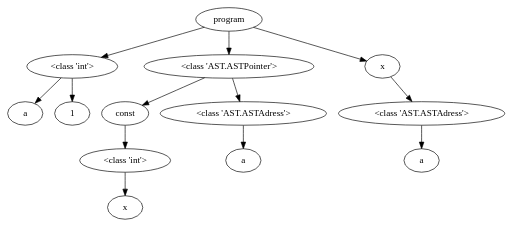
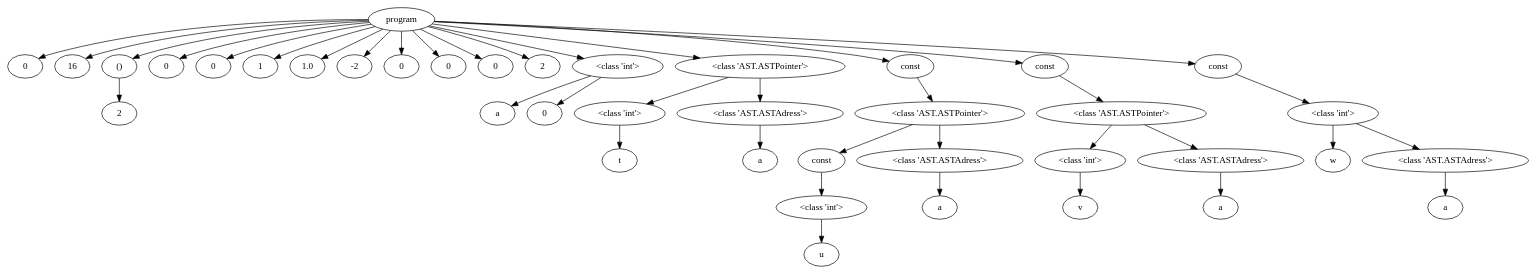
Before and after one commit to NielsVandenBroeck/COMP_Compiler: the diagram in OutputFiles/dotVisualization.dot, drawn with Graphviz. The commit also changed 2 other files, not shown here.

Commit message:
const fix

```diff
--- a/OutputFiles/dotVisualization.dot
+++ b/OutputFiles/dotVisualization.dot
@@ -1,34 +1,98 @@
 digraph G { 
-"<AST.AST object at 0x000001F55A88A580> (0)"[label="program"]
-"<AST.ASTDataType object at 0x000001F55A88A1F0> (1)"[label="<class 'int'>"]
-"<AST.AST object at 0x000001F55A88A580> (0)"->"<AST.ASTDataType object at 0x000001F55A88A1F0> (1)"
-"<AST.ASTDataType object at 0x000001F55A88A1F0> (1)"[label="<class 'int'>"]
-"<AST.ASTVariable object at 0x000001F55A88A070> (2)"[label="a"]
-"<AST.ASTDataType object at 0x000001F55A88A1F0> (1)"->"<AST.ASTVariable object at 0x000001F55A88A070> (2)"
-"<AST.AST object at 0x000001F55A88A5E0> (2)"[label="1"]
-"<AST.ASTDataType object at 0x000001F55A88A1F0> (1)"->"<AST.AST object at 0x000001F55A88A5E0> (2)"
-"<AST.ASTPointer object at 0x000001F55A88A4C0> (1)"[label="<class 'AST.ASTPointer'>"]
-"<AST.AST object at 0x000001F55A88A580> (0)"->"<AST.ASTPointer object at 0x000001F55A88A4C0> (1)"
-"<AST.ASTPointer object at 0x000001F55A88A4C0> (1)"[label="<class 'AST.ASTPointer'>"]
-"<AST.ASTConst object at 0x000001F55A88A8E0> (2)"[label="const"]
-"<AST.ASTPointer object at 0x000001F55A88A4C0> (1)"->"<AST.ASTConst object at 0x000001F55A88A8E0> (2)"
-"<AST.ASTConst object at 0x000001F55A88A8E0> (2)"[label="const"]
-"<AST.ASTDataType object at 0x000001F55A88A220> (3)"[label="<class 'int'>"]
-"<AST.ASTConst object at 0x000001F55A88A8E0> (2)"->"<AST.ASTDataType object at 0x000001F55A88A220> (3)"
-"<AST.ASTDataType object at 0x000001F55A88A220> (3)"[label="<class 'int'>"]
-"<AST.ASTVariable object at 0x000001F55A88A130> (4)"[label="x"]
-"<AST.ASTDataType object at 0x000001F55A88A220> (3)"->"<AST.ASTVariable object at 0x000001F55A88A130> (4)"
-"<AST.ASTAdress object at 0x000001F55A88A2B0> (2)"[label="<class 'AST.ASTAdress'>"]
-"<AST.ASTPointer object at 0x000001F55A88A4C0> (1)"->"<AST.ASTAdress object at 0x000001F55A88A2B0> (2)"
-"<AST.ASTAdress object at 0x000001F55A88A2B0> (2)"[label="<class 'AST.ASTAdress'>"]
-"<AST.ASTVariable object at 0x000001F55A88A910> (3)"[label="a"]
-"<AST.ASTAdress object at 0x000001F55A88A2B0> (2)"->"<AST.ASTVariable object at 0x000001F55A88A910> (3)"
-"<AST.ASTVariable object at 0x000001F55A88A2E0> (1)"[label="x"]
-"<AST.AST object at 0x000001F55A88A580> (0)"->"<AST.ASTVariable object at 0x000001F55A88A2E0> (1)"
-"<AST.ASTVariable object at 0x000001F55A88A2E0> (1)"[label="x"]
-"<AST.ASTAdress object at 0x000001F55A88A850> (2)"[label="<class 'AST.ASTAdress'>"]
-"<AST.ASTVariable object at 0x000001F55A88A2E0> (1)"->"<AST.ASTAdress object at 0x000001F55A88A850> (2)"
-"<AST.ASTAdress object at 0x000001F55A88A850> (2)"[label="<class 'AST.ASTAdress'>"]
-"<AST.ASTVariable object at 0x000001F55A88A6D0> (3)"[label="a"]
-"<AST.ASTAdress object at 0x000001F55A88A850> (2)"->"<AST.ASTVariable object at 0x000001F55A88A6D0> (3)"
+"<AST.AST object at 0x00000122AFE91250> (0)"[label="program"]
+"<AST.AST object at 0x00000122AFEA00A0> (1)"[label="0"]
+"<AST.AST object at 0x00000122AFE91250> (0)"->"<AST.AST object at 0x00000122AFEA00A0> (1)"
+"<AST.AST object at 0x00000122AFEA07C0> (1)"[label="16"]
+"<AST.AST object at 0x00000122AFE91250> (0)"->"<AST.AST object at 0x00000122AFEA07C0> (1)"
+"<AST.AST object at 0x00000122AFEA0880> (1)"[label="()"]
+"<AST.AST object at 0x00000122AFE91250> (0)"->"<AST.AST object at 0x00000122AFEA0880> (1)"
+"<AST.AST object at 0x00000122AFEA0880> (1)"[label="()"]
+"<AST.AST object at 0x00000122AFEA0820> (2)"[label="2"]
+"<AST.AST object at 0x00000122AFEA0880> (1)"->"<AST.AST object at 0x00000122AFEA0820> (2)"
+"<AST.AST object at 0x00000122AFEA09A0> (1)"[label="0"]
+"<AST.AST object at 0x00000122AFE91250> (0)"->"<AST.AST object at 0x00000122AFEA09A0> (1)"
+"<AST.AST object at 0x00000122AFEA0AC0> (1)"[label="0"]
+"<AST.AST object at 0x00000122AFE91250> (0)"->"<AST.AST object at 0x00000122AFEA0AC0> (1)"
+"<AST.AST object at 0x00000122AFEA0D60> (1)"[label="1"]
+"<AST.AST object at 0x00000122AFE91250> (0)"->"<AST.AST object at 0x00000122AFEA0D60> (1)"
+"<AST.AST object at 0x00000122AFEA0E80> (1)"[label="1.0"]
+"<AST.AST object at 0x00000122AFE91250> (0)"->"<AST.AST object at 0x00000122AFEA0E80> (1)"
+"<AST.AST object at 0x00000122AFEA30A0> (1)"[label="-2"]
+"<AST.AST object at 0x00000122AFE91250> (0)"->"<AST.AST object at 0x00000122AFEA30A0> (1)"
+"<AST.AST object at 0x00000122AFEA3340> (1)"[label="0"]
+"<AST.AST object at 0x00000122AFE91250> (0)"->"<AST.AST object at 0x00000122AFEA3340> (1)"
+"<AST.AST object at 0x00000122AFEA3460> (1)"[label="0"]
+"<AST.AST object at 0x00000122AFE91250> (0)"->"<AST.AST object at 0x00000122AFEA3460> (1)"
+"<AST.AST object at 0x00000122AFEA3580> (1)"[label="0"]
+"<AST.AST object at 0x00000122AFE91250> (0)"->"<AST.AST object at 0x00000122AFEA3580> (1)"
+"<AST.AST object at 0x00000122AFEA36A0> (1)"[label="2"]
+"<AST.AST object at 0x00000122AFE91250> (0)"->"<AST.AST object at 0x00000122AFEA36A0> (1)"
+"<AST.ASTDataType object at 0x00000122AFEA3760> (1)"[label="<class 'int'>"]
+"<AST.AST object at 0x00000122AFE91250> (0)"->"<AST.ASTDataType object at 0x00000122AFEA3760> (1)"
+"<AST.ASTDataType object at 0x00000122AFEA3760> (1)"[label="<class 'int'>"]
+"<AST.ASTVariable object at 0x00000122AFEA3700> (2)"[label="a"]
+"<AST.ASTDataType object at 0x00000122AFEA3760> (1)"->"<AST.ASTVariable object at 0x00000122AFEA3700> (2)"
+"<AST.AST object at 0x00000122AFEA37F0> (2)"[label="0"]
+"<AST.ASTDataType object at 0x00000122AFEA3760> (1)"->"<AST.AST object at 0x00000122AFEA37F0> (2)"
+"<AST.ASTPointer object at 0x00000122AFEA39D0> (1)"[label="<class 'AST.ASTPointer'>"]
+"<AST.AST object at 0x00000122AFE91250> (0)"->"<AST.ASTPointer object at 0x00000122AFEA39D0> (1)"
+"<AST.ASTPointer object at 0x00000122AFEA39D0> (1)"[label="<class 'AST.ASTPointer'>"]
+"<AST.ASTDataType object at 0x00000122AFEA38B0> (2)"[label="<class 'int'>"]
+"<AST.ASTPointer object at 0x00000122AFEA39D0> (1)"->"<AST.ASTDataType object at 0x00000122AFEA38B0> (2)"
+"<AST.ASTDataType object at 0x00000122AFEA38B0> (2)"[label="<class 'int'>"]
+"<AST.ASTVariable object at 0x00000122AFEA3880> (3)"[label="t"]
+"<AST.ASTDataType object at 0x00000122AFEA38B0> (2)"->"<AST.ASTVariable object at 0x00000122AFEA3880> (3)"
+"<AST.ASTAdress object at 0x00000122AFEA3A00> (2)"[label="<class 'AST.ASTAdress'>"]
+"<AST.ASTPointer object at 0x00000122AFEA39D0> (1)"->"<AST.ASTAdress object at 0x00000122AFEA3A00> (2)"
+"<AST.ASTAdress object at 0x00000122AFEA3A00> (2)"[label="<class 'AST.ASTAdress'>"]
+"<AST.ASTVariable object at 0x00000122AFEA39A0> (3)"[label="a"]
+"<AST.ASTAdress object at 0x00000122AFEA3A00> (2)"->"<AST.ASTVariable object at 0x00000122AFEA39A0> (3)"
+"<AST.ASTConst object at 0x00000122AFEA3C10> (1)"[label="const"]
+"<AST.AST object at 0x00000122AFE91250> (0)"->"<AST.ASTConst object at 0x00000122AFEA3C10> (1)"
+"<AST.ASTConst object at 0x00000122AFEA3C10> (1)"[label="const"]
+"<AST.ASTPointer object at 0x00000122AFEA3BE0> (2)"[label="<class 'AST.ASTPointer'>"]
+"<AST.ASTConst object at 0x00000122AFEA3C10> (1)"->"<AST.ASTPointer object at 0x00000122AFEA3BE0> (2)"
+"<AST.ASTPointer object at 0x00000122AFEA3BE0> (2)"[label="<class 'AST.ASTPointer'>"]
+"<AST.ASTConst object at 0x00000122AFEA3B50> (3)"[label="const"]
+"<AST.ASTPointer object at 0x00000122AFEA3BE0> (2)"->"<AST.ASTConst object at 0x00000122AFEA3B50> (3)"
+"<AST.ASTConst object at 0x00000122AFEA3B50> (3)"[label="const"]
+"<AST.ASTDataType object at 0x00000122AFEA3A90> (4)"[label="<class 'int'>"]
+"<AST.ASTConst object at 0x00000122AFEA3B50> (3)"->"<AST.ASTDataType object at 0x00000122AFEA3A90> (4)"
+"<AST.ASTDataType object at 0x00000122AFEA3A90> (4)"[label="<class 'int'>"]
+"<AST.ASTVariable object at 0x00000122AFEA3A60> (5)"[label="u"]
+"<AST.ASTDataType object at 0x00000122AFEA3A90> (4)"->"<AST.ASTVariable object at 0x00000122AFEA3A60> (5)"
+"<AST.ASTAdress object at 0x00000122AFEA3CA0> (3)"[label="<class 'AST.ASTAdress'>"]
+"<AST.ASTPointer object at 0x00000122AFEA3BE0> (2)"->"<AST.ASTAdress object at 0x00000122AFEA3CA0> (3)"
+"<AST.ASTAdress object at 0x00000122AFEA3CA0> (3)"[label="<class 'AST.ASTAdress'>"]
+"<AST.ASTVariable object at 0x00000122AFEA3C70> (4)"[label="a"]
+"<AST.ASTAdress object at 0x00000122AFEA3CA0> (3)"->"<AST.ASTVariable object at 0x00000122AFEA3C70> (4)"
+"<AST.ASTConst object at 0x00000122AFEA3EB0> (1)"[label="const"]
+"<AST.AST object at 0x00000122AFE91250> (0)"->"<AST.ASTConst object at 0x00000122AFEA3EB0> (1)"
+"<AST.ASTConst object at 0x00000122AFEA3EB0> (1)"[label="const"]
+"<AST.ASTPointer object at 0x00000122AFEA3E20> (2)"[label="<class 'AST.ASTPointer'>"]
+"<AST.ASTConst object at 0x00000122AFEA3EB0> (1)"->"<AST.ASTPointer object at 0x00000122AFEA3E20> (2)"
+"<AST.ASTPointer object at 0x00000122AFEA3E20> (2)"[label="<class 'AST.ASTPointer'>"]
+"<AST.ASTDataType object at 0x00000122AFEA3D90> (3)"[label="<class 'int'>"]
+"<AST.ASTPointer object at 0x00000122AFEA3E20> (2)"->"<AST.ASTDataType object at 0x00000122AFEA3D90> (3)"
+"<AST.ASTDataType object at 0x00000122AFEA3D90> (3)"[label="<class 'int'>"]
+"<AST.ASTVariable object at 0x00000122AFEA3D00> (4)"[label="v"]
+"<AST.ASTDataType object at 0x00000122AFEA3D90> (3)"->"<AST.ASTVariable object at 0x00000122AFEA3D00> (4)"
+"<AST.ASTAdress object at 0x00000122AFEA3F40> (3)"[label="<class 'AST.ASTAdress'>"]
+"<AST.ASTPointer object at 0x00000122AFEA3E20> (2)"->"<AST.ASTAdress object at 0x00000122AFEA3F40> (3)"
+"<AST.ASTAdress object at 0x00000122AFEA3F40> (3)"[label="<class 'AST.ASTAdress'>"]
+"<AST.ASTVariable object at 0x00000122AFEA3EE0> (4)"[label="a"]
+"<AST.ASTAdress object at 0x00000122AFEA3F40> (3)"->"<AST.ASTVariable object at 0x00000122AFEA3EE0> (4)"
+"<AST.ASTConst object at 0x00000122AFEA50D0> (1)"[label="const"]
+"<AST.AST object at 0x00000122AFE91250> (0)"->"<AST.ASTConst object at 0x00000122AFEA50D0> (1)"
+"<AST.ASTConst object at 0x00000122AFEA50D0> (1)"[label="const"]
+"<AST.ASTDataType object at 0x00000122AFEA5040> (2)"[label="<class 'int'>"]
+"<AST.ASTConst object at 0x00000122AFEA50D0> (1)"->"<AST.ASTDataType object at 0x00000122AFEA5040> (2)"
+"<AST.ASTDataType object at 0x00000122AFEA5040> (2)"[label="<class 'int'>"]
+"<AST.ASTVariable object at 0x00000122AFEA3FA0> (3)"[label="w"]
+"<AST.ASTDataType object at 0x00000122AFEA5040> (2)"->"<AST.ASTVariable object at 0x00000122AFEA3FA0> (3)"
+"<AST.ASTAdress object at 0x00000122AFEA5190> (3)"[label="<class 'AST.ASTAdress'>"]
+"<AST.ASTDataType object at 0x00000122AFEA5040> (2)"->"<AST.ASTAdress object at 0x00000122AFEA5190> (3)"
+"<AST.ASTAdress object at 0x00000122AFEA5190> (3)"[label="<class 'AST.ASTAdress'>"]
+"<AST.ASTVariable object at 0x00000122AFEA5160> (4)"[label="a"]
+"<AST.ASTAdress object at 0x00000122AFEA5190> (3)"->"<AST.ASTVariable object at 0x00000122AFEA5160> (4)"
 }
```
